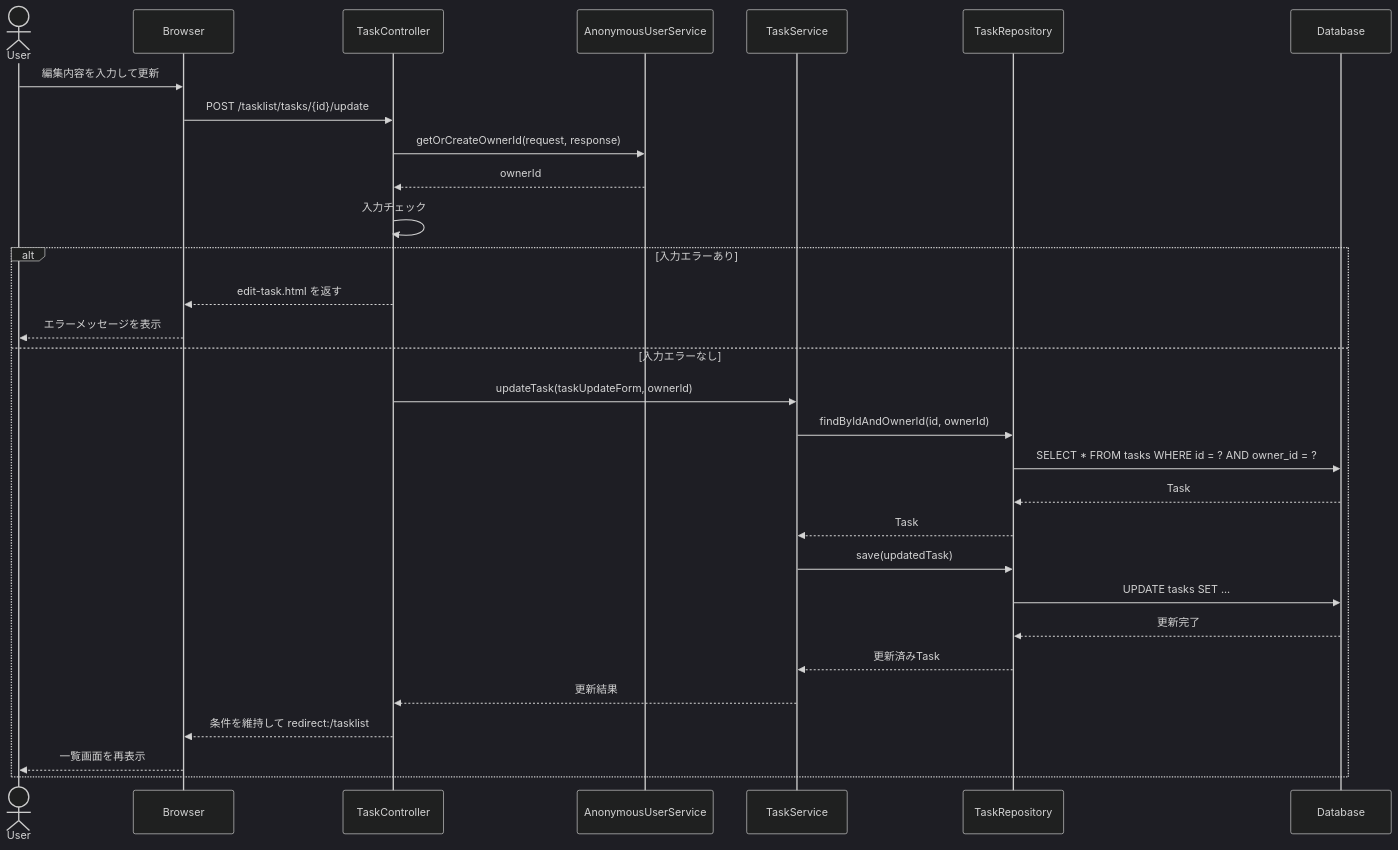
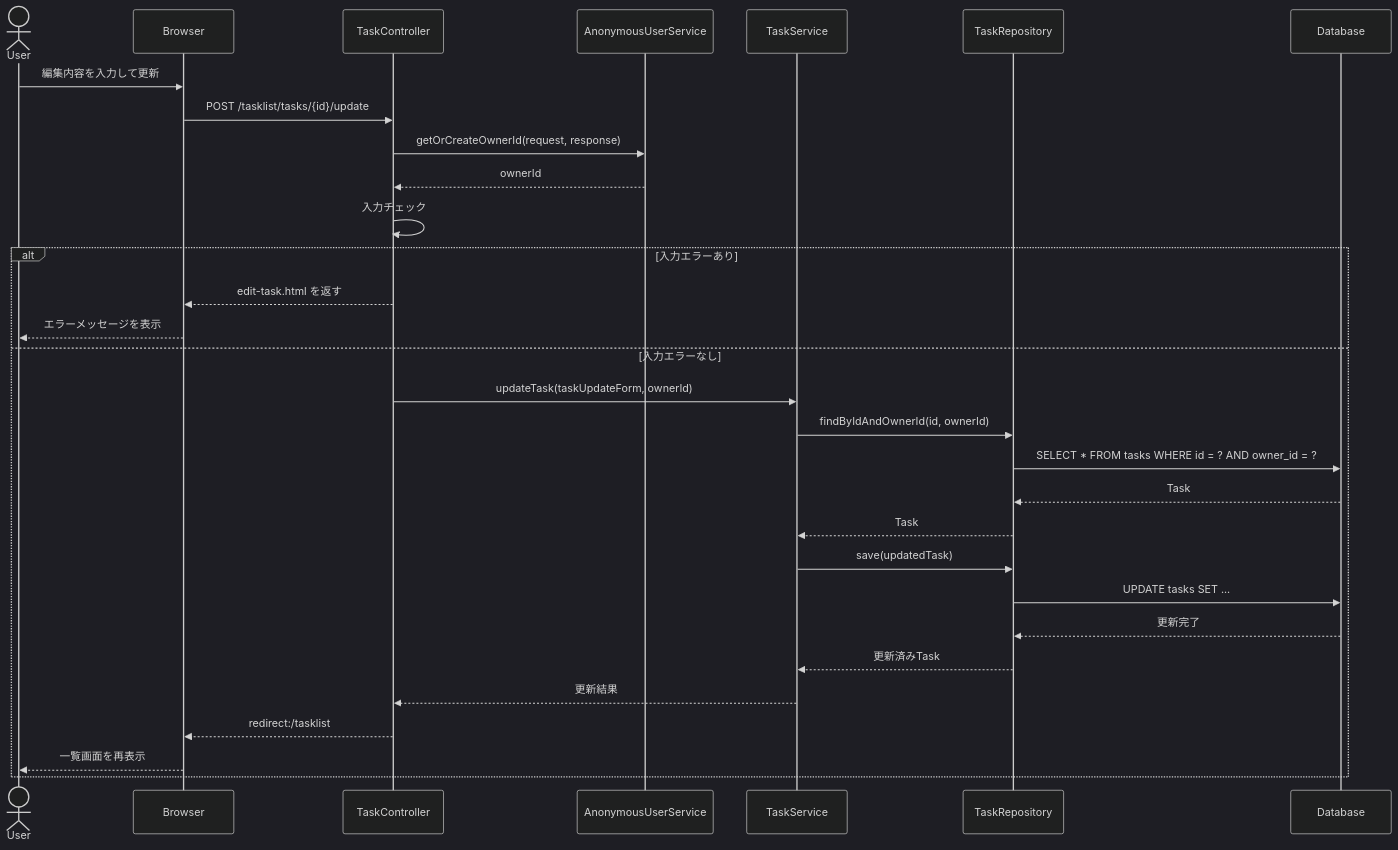
Before and after one commit to mkunori/TaskList: the fourth of 5 diagrams in README.md, drawn with Mermaid (dark theme). The commit also changed other lines of this file, not shown here.

````diff
--- a/README.md
+++ b/README.md
@@ -241,34 +407,34 @@
 ```mermaid
 sequenceDiagram
     actor User
     participant Browser
-    participant TaskController
-    participant AnonymousUserService
-    participant TaskService
-    participant TaskRepository
-    participant Database
+    participant Controller as TaskController
+    participant Anonymous as AnonymousUserService
+    participant Service as TaskService
+    participant Repository as TaskRepository
+    participant DB as Database
 
     User->>Browser: 編集内容を入力して更新
-    Browser->>TaskController: POST /tasklist/tasks/{id}/update
-    TaskController->>AnonymousUserService: getOrCreateOwnerId(request, response)
-    AnonymousUserService-->>TaskController: ownerId
-    TaskController->>TaskController: 入力チェック
+    Browser->>Controller: POST /tasklist/tasks/{id}/update
+    Controller->>Anonymous: getOrCreateOwnerId(request, response)
+    Anonymous-->>Controller: ownerId
+    Controller->>Controller: 入力チェック
 
     alt 入力エラーあり
-        TaskController-->>Browser: edit-task.html を返す
+        Controller-->>Browser: edit-task.html を返す
         Browser-->>User: エラーメッセージを表示
     else 入力エラーなし
-        TaskController->>TaskService: updateTask(taskUpdateForm, ownerId)
-        TaskService->>TaskRepository: findByIdAndOwnerId(id, ownerId)
-        TaskRepository->>Database: SELECT * FROM tasks WHERE id = ? AND owner_id = ?
-        Database-->>TaskRepository: Task
-        TaskRepository-->>TaskService: Task
-        TaskService->>TaskRepository: save(updatedTask)
-        TaskRepository->>Database: UPDATE tasks SET ...
-        Database-->>TaskRepository: 更新完了
-        TaskRepository-->>TaskService: 更新済みTask
-        TaskService-->>TaskController: 更新結果
-        TaskController-->>Browser: 条件を維持して redirect:/tasklist
+        Controller->>Service: updateTask(taskUpdateForm, ownerId)
+        Service->>Repository: findByIdAndOwnerId(id, ownerId)
+        Repository->>DB: SELECT * FROM tasks WHERE id = ? AND owner_id = ?
+        DB-->>Repository: Task
+        Repository-->>Service: Task
+        Service->>Repository: save(updatedTask)
+        Repository->>DB: UPDATE tasks SET ...
+        DB-->>Repository: 更新完了
+        Repository-->>Service: 更新済みTask
+        Service-->>Controller: 更新結果
+        Controller-->>Browser: redirect:/tasklist
         Browser-->>User: 一覧画面を再表示
     end
 ```
````
